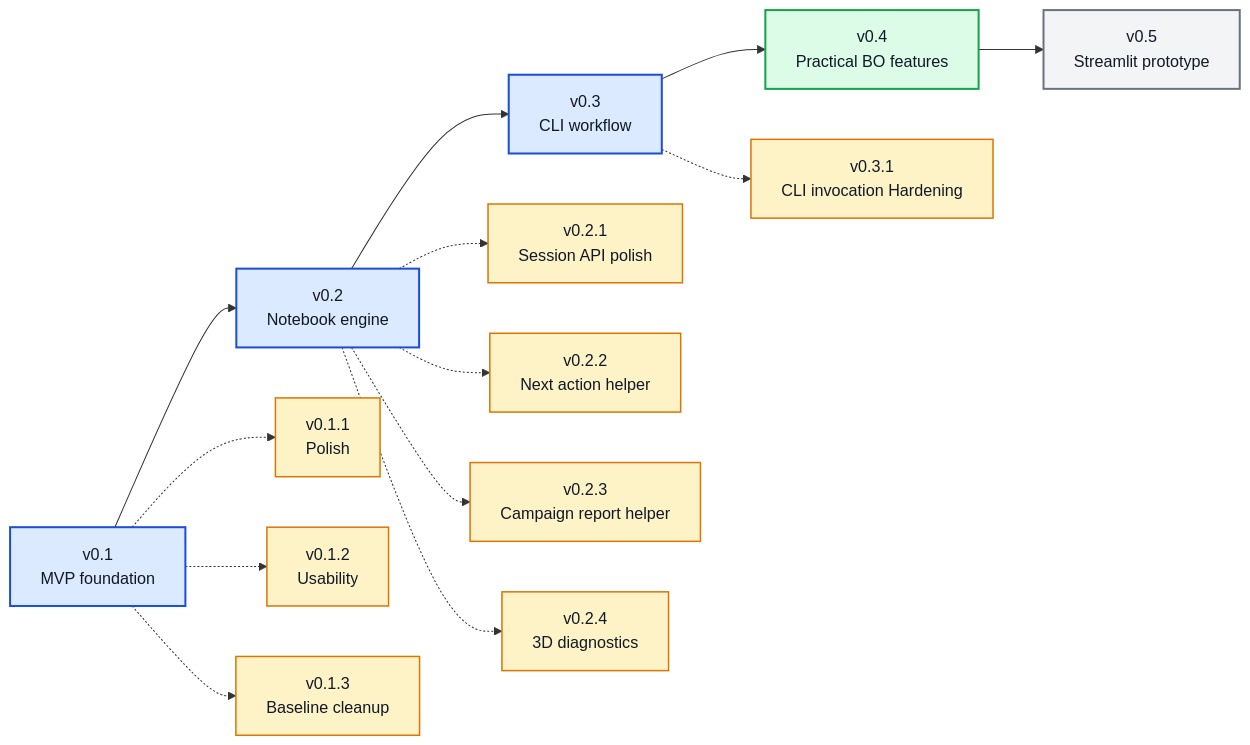
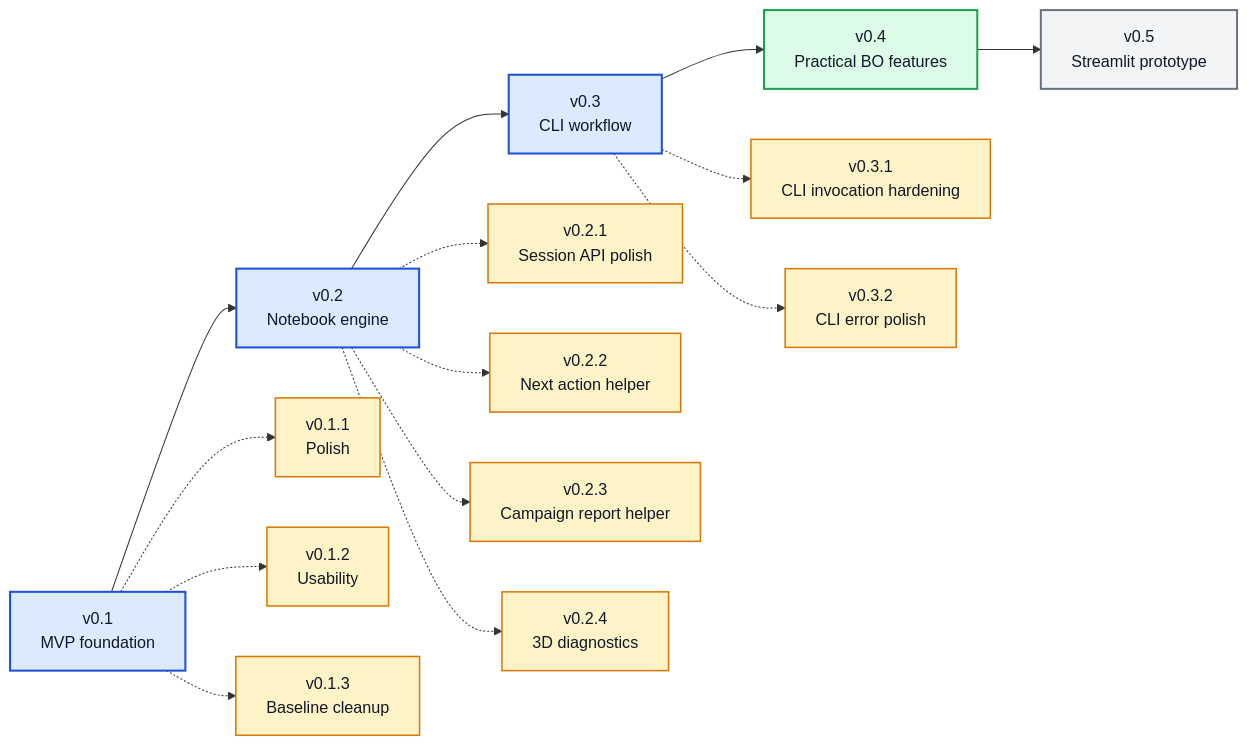
One commit to angzeli/bo-forge changed the diagram in ROADMAP.md. Above: the diagram before and after it, drawn with Mermaid. The commit also changed other lines of this file and 9 other files, not shown here.

Commit message:
v0.3.2 update: CLI error polish

````diff
--- a/ROADMAP.md
+++ b/ROADMAP.md
@@ -7,32 +7,34 @@
 ```mermaid
 flowchart LR
     v01["v0.1<br/>MVP foundation"] --> v02["v0.2<br/>Notebook engine"] --> v03["v0.3<br/>CLI workflow"] --> v04["v0.4<br/>Practical BO features"] --> v05["v0.5<br/>Streamlit prototype"]
 
     v011["v0.1.1<br/>Polish"]
     v012["v0.1.2<br/>Usability"]
     v013["v0.1.3<br/>Baseline cleanup"]
     v021["v0.2.1<br/>Session API polish"]
     v022["v0.2.2<br/>Next action helper"]
     v023["v0.2.3<br/>Campaign report helper"]
     v024["v0.2.4<br/>3D diagnostics"]
-    v031["v0.3.1<br/>CLI invocation Hardening"]
+    v031["v0.3.1<br/>CLI invocation hardening"]
+    v032["v0.3.2<br/>CLI error polish"]
     
     v01 -.-> v011
     v01 -.-> v012
     v01 -.-> v013
     v02 -.-> v021
     v02 -.-> v022
     v02 -.-> v023
     v02 -.-> v024
     v03 -.-> v031
+    v03 -.-> v032
     
     class v01,v02,v03 majorDone
     class v04 majorNext
     class v05 majorFuture
-    class v011,v012,v013,v021,v022,v023,v024,v031 patchDone
+    class v011,v012,v013,v021,v022,v023,v024,v031,v032 patchDone
 
     classDef majorDone fill:#dbeafe,stroke:#1d4ed8,stroke-width:2px,color:#111827;
     classDef majorNext fill:#dcfce7,stroke:#16a34a,stroke-width:2px,color:#111827;
     classDef majorFuture fill:#f3f4f6,stroke:#6b7280,stroke-width:2px,color:#111827;
     classDef patchDone fill:#fef3c7,stroke:#d97706,stroke-width:1.5px,color:#111827;
 ```
````
